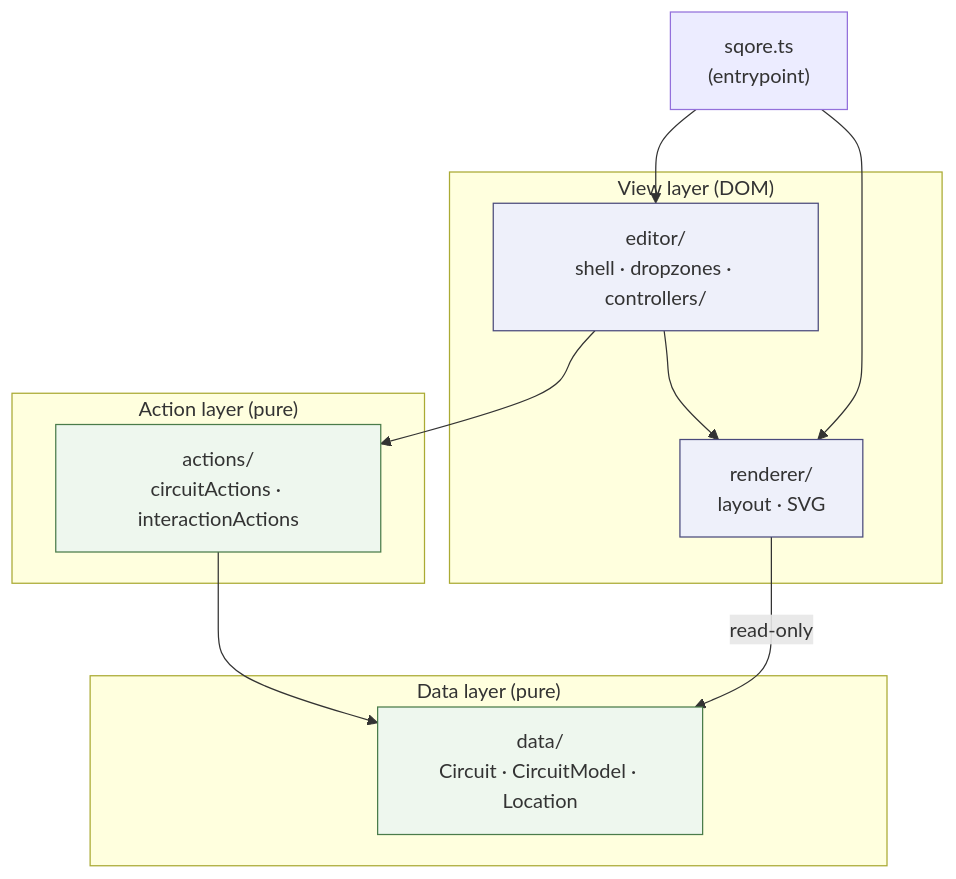
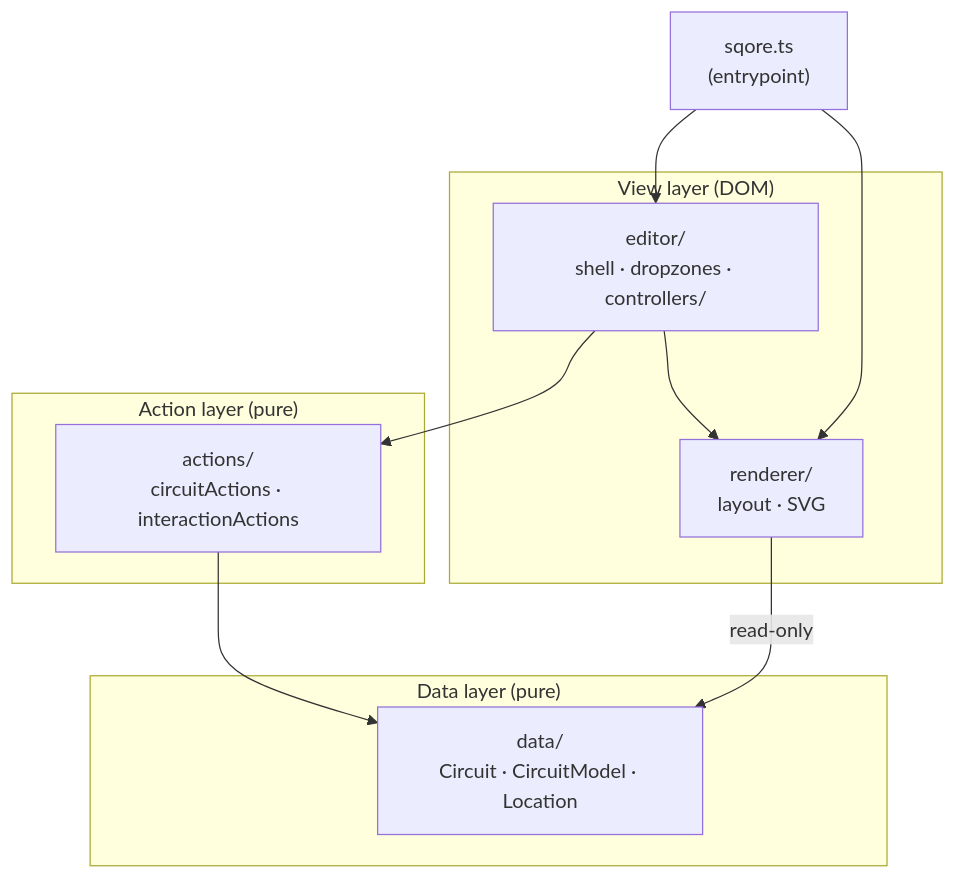
Before and after one commit to microsoft/qdk: the first of 3 diagrams in source/npm/qsharp/ux/circuit-vis/ARCHITECTURE.md, drawn with Mermaid.

Commit message:
make the mermaid diagrams more readable

````diff
--- a/source/npm/qsharp/ux/circuit-vis/ARCHITECTURE.md
+++ b/source/npm/qsharp/ux/circuit-vis/ARCHITECTURE.md
@@ -36,26 +36,21 @@
 ```mermaid
 flowchart TB
     sqore["sqore.ts<br/>(entrypoint)"]
     subgraph View["View layer (DOM)"]
         editor["editor/<br/>shell · dropzones · controllers/"]
         renderer["renderer/<br/>layout · SVG"]
     end
     subgraph Action["Action layer (pure)"]
         actions["actions/<br/>circuitActions · interactionActions"]
     end
     subgraph Data["Data layer (pure)"]
         data["data/<br/>Circuit · CircuitModel · Location"]
     end
 
     sqore --> editor
     sqore --> renderer
     editor --> actions
     editor --> renderer
     actions --> data
     renderer -->|read-only| data
-
-    classDef pure fill:#eef7ee,stroke:#4a7c4a;
-    classDef view fill:#eef0fa,stroke:#4a4a7c;
-    class data,actions pure;
-    class editor,renderer view;
 ```
````
